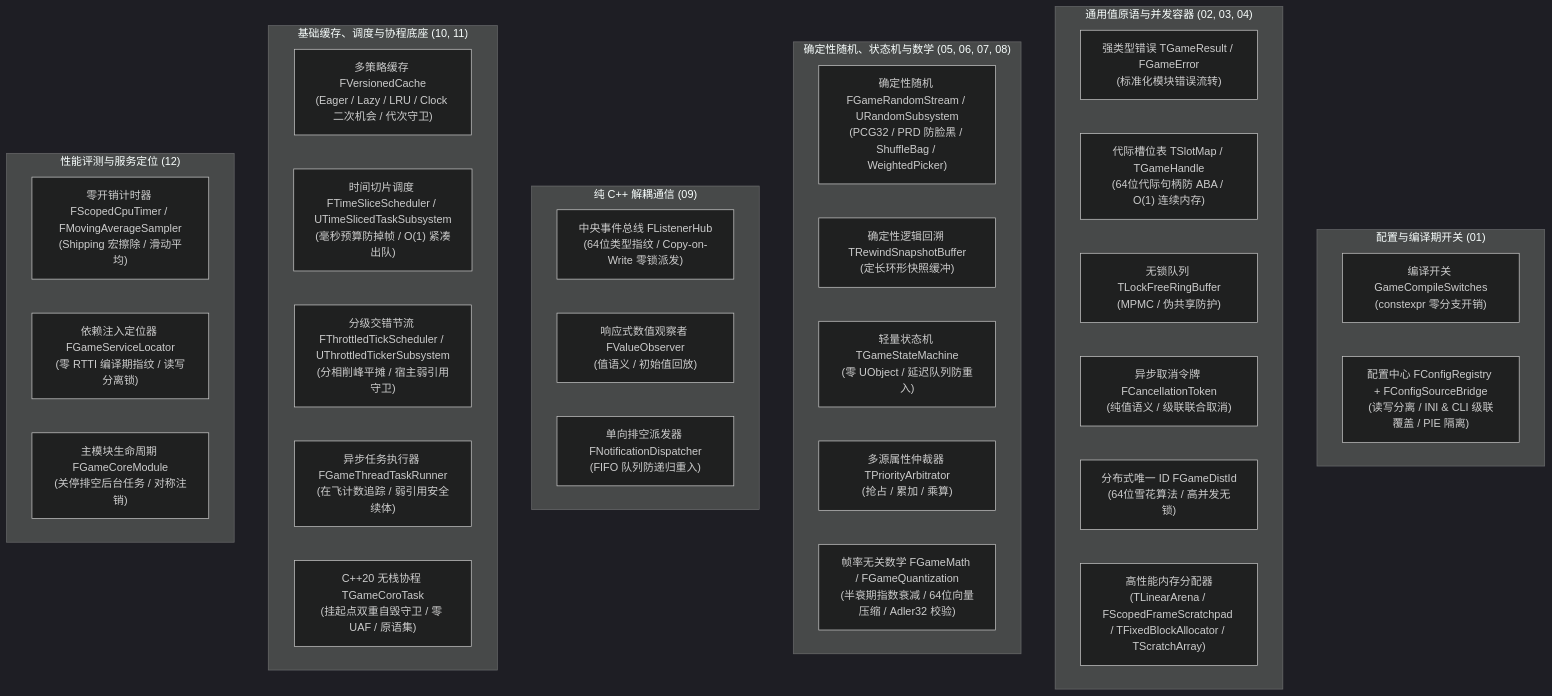
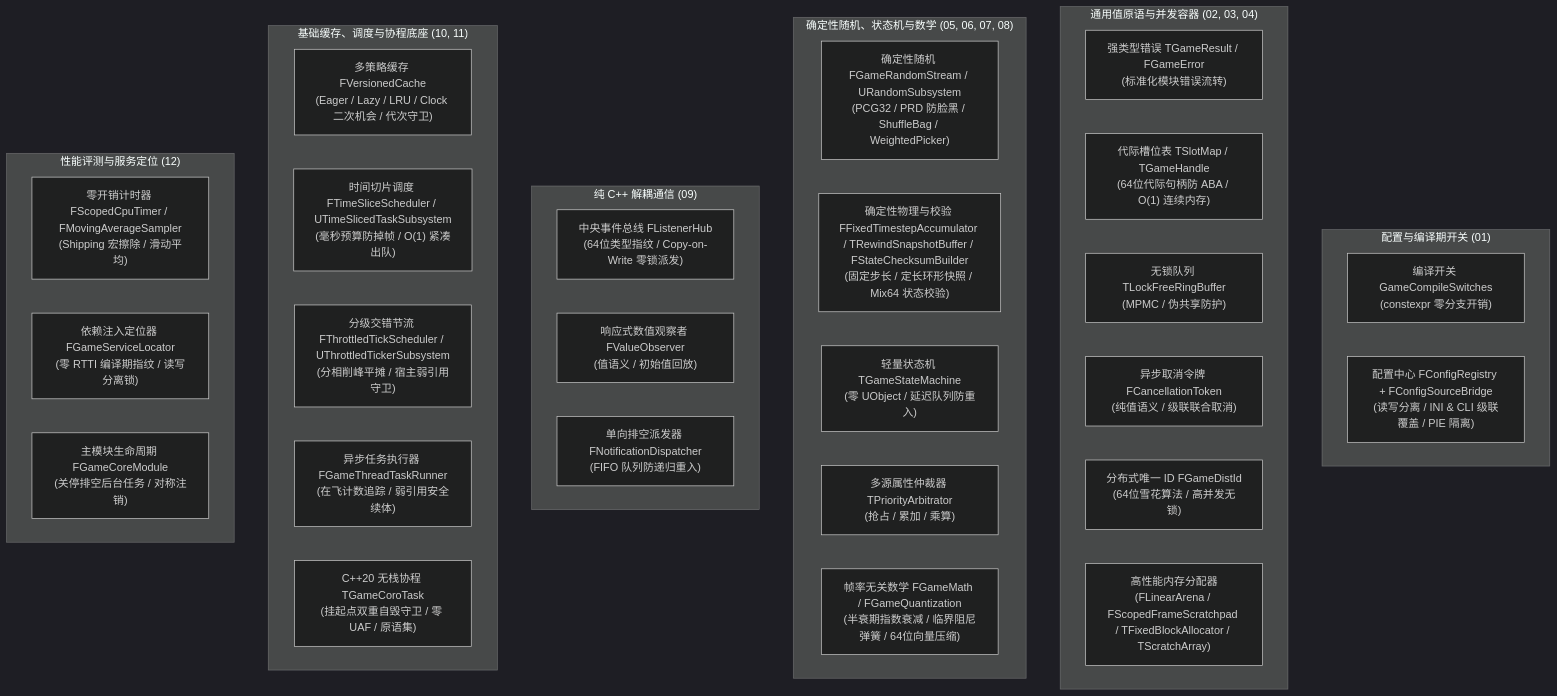
The diagram in Plugins/GameCore/README.md (YIice-cwj/ue5-toolkit), drawn with Mermaid (dark theme) before and after one commit. The commit also changed other lines of this file and 101 other files, not shown here.

````diff
--- a/Plugins/GameCore/README.md
+++ b/Plugins/GameCore/README.md
@@ -9,44 +9,44 @@
 ```mermaid
 graph TD
     subgraph Config["配置与编译期开关 (01)"]
         Switches["编译开关 GameCompileSwitches<br>(constexpr 零分支开销)"]
         ConfigReg["配置中心 FConfigRegistry + FConfigSourceBridge<br>(读写分离 / INI & CLI 级联覆盖 / PIE 隔离)"]
     end
 
     subgraph Primitives["通用值原语与并发容器 (02, 03, 04)"]
         Results["强类型错误 TGameResult / FGameError<br>(标准化模块错误流转)"]
         SlotMap["代际槽位表 TSlotMap / TGameHandle<br>(64位代际句柄防 ABA / O(1) 连续内存)"]
         RingBuffer["无锁队列 TLockFreeRingBuffer<br>(MPMC / 伪共享防护)"]
         Token["异步取消令牌 FCancellationToken<br>(纯值语义 / 级联联合取消)"]
         DistId["分布式唯一 ID FGameDistId<br>(64位雪花算法 / 高并发无锁)"]
-        MemoryPool["高性能内存分配器<br>(TLinearArena / FScopedFrameScratchpad / TFixedBlockAllocator / TScratchArray)"]
+        MemoryPool["高性能内存分配器<br>(FLinearArena / FScopedFrameScratchpad / TFixedBlockAllocator / TScratchArray)"]
     end
 
     subgraph Determinism["确定性随机、状态机与数学 (05, 06, 07, 08)"]
         Rng["确定性随机 FGameRandomStream / URandomSubsystem<br>(PCG32 / PRD 防脸黑 / ShuffleBag / WeightedPicker)"]
-        Rewind["确定性逻辑回溯 TRewindSnapshotBuffer<br>(定长环形快照缓冲)"]
+        Rewind["确定性物理与校验 FFixedTimestepAccumulator / TRewindSnapshotBuffer / FStateChecksumBuilder<br>(固定步长 / 定长环形快照 / Mix64 状态校验)"]
         FSM["轻量状态机 TGameStateMachine<br>(零 UObject / 延迟队列防重入)"]
         Arbitrator["多源属性仲裁器 TPriorityArbitrator<br>(抢占 / 累加 / 乘算)"]
-        Math["帧率无关数学 FGameMath / FGameQuantization<br>(半衰期指数衰减 / 64位向量压缩 / Adler32 校验)"]
+        Math["帧率无关数学 FGameMath / FGameQuantization<br>(半衰期指数衰减 / 临界阻尼弹簧 / 64位向量压缩)"]
     end
 
     subgraph Messaging["纯 C++ 解耦通信 (09)"]
         ListenerHub["中央事件总线 FListenerHub<br>(64位类型指纹 / Copy-on-Write 零锁派发)"]
         ValueObs["响应式数值观察者 FValueObserver<br>(值语义 / 初始值回放)"]
         Dispatcher["单向排空派发器 FNotificationDispatcher<br>(FIFO 队列防递归重入)"]
     end
 
     subgraph Runtime["基础缓存、调度与协程底座 (10, 11)"]
         VersionedCache["多策略缓存 FVersionedCache<br>(Eager / Lazy / LRU / Clock 二次机会 / 代次守卫)"]
         TimeSlice["时间切片调度 FTimeSliceScheduler / UTimeSlicedTaskSubsystem<br>(毫秒预算防掉帧 / O(1) 紧凑出队)"]
         ThrottledTicker["分级交错节流 FThrottledTickScheduler / UThrottledTickerSubsystem<br>(分相削峰平摊 / 宿主弱引用守卫)"]
         TaskRunner["异步任务执行器 FGameThreadTaskRunner<br>(在飞计数追踪 / 弱引用安全续体)"]
         Coro["C++20 无栈协程 TGameCoroTask<br>(挂起点双重自毁守卫 / 零 UAF / 原语集)"]
     end
 
     subgraph Diagnostics["性能评测与服务定位 (12)"]
         Timer["零开销计时器 FScopedCpuTimer / FMovingAverageSampler<br>(Shipping 宏擦除 / 滑动平均)"]
         Locator["依赖注入定位器 FGameServiceLocator<br>(零 RTTI 编译期指纹 / 读写分离锁)"]
         ModuleLife["主模块生命周期 FGameCoreModule<br>(关停排空后台任务 / 对称注销)"]
     end
 ```
````
